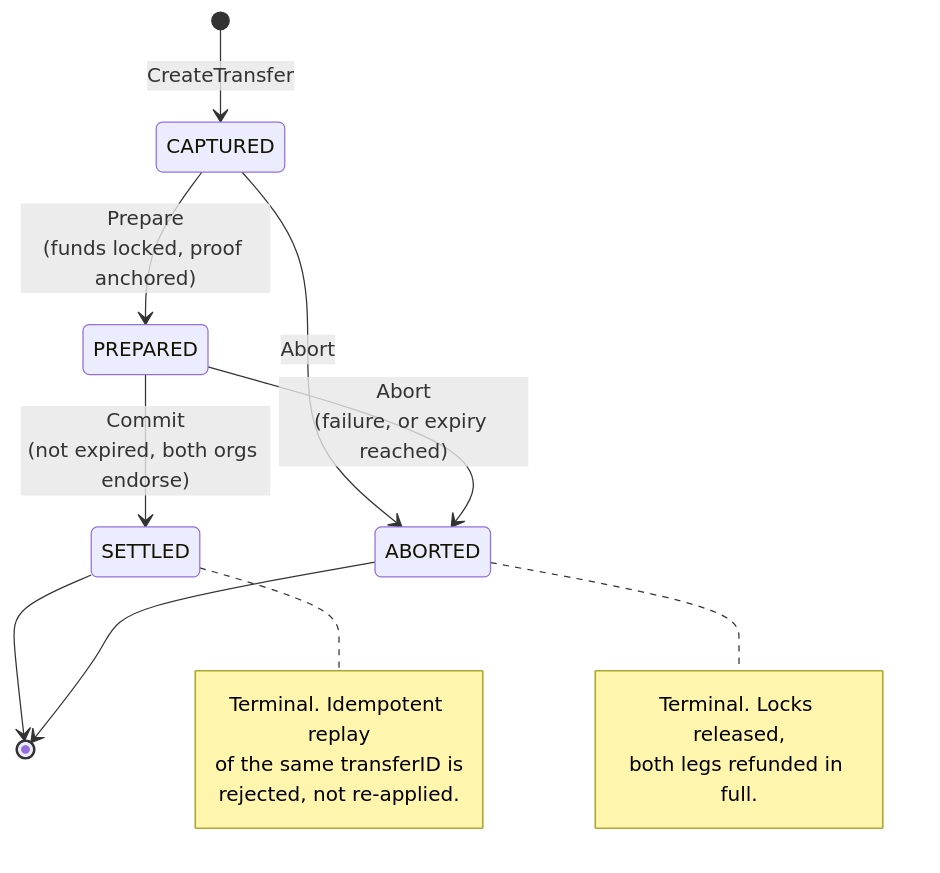
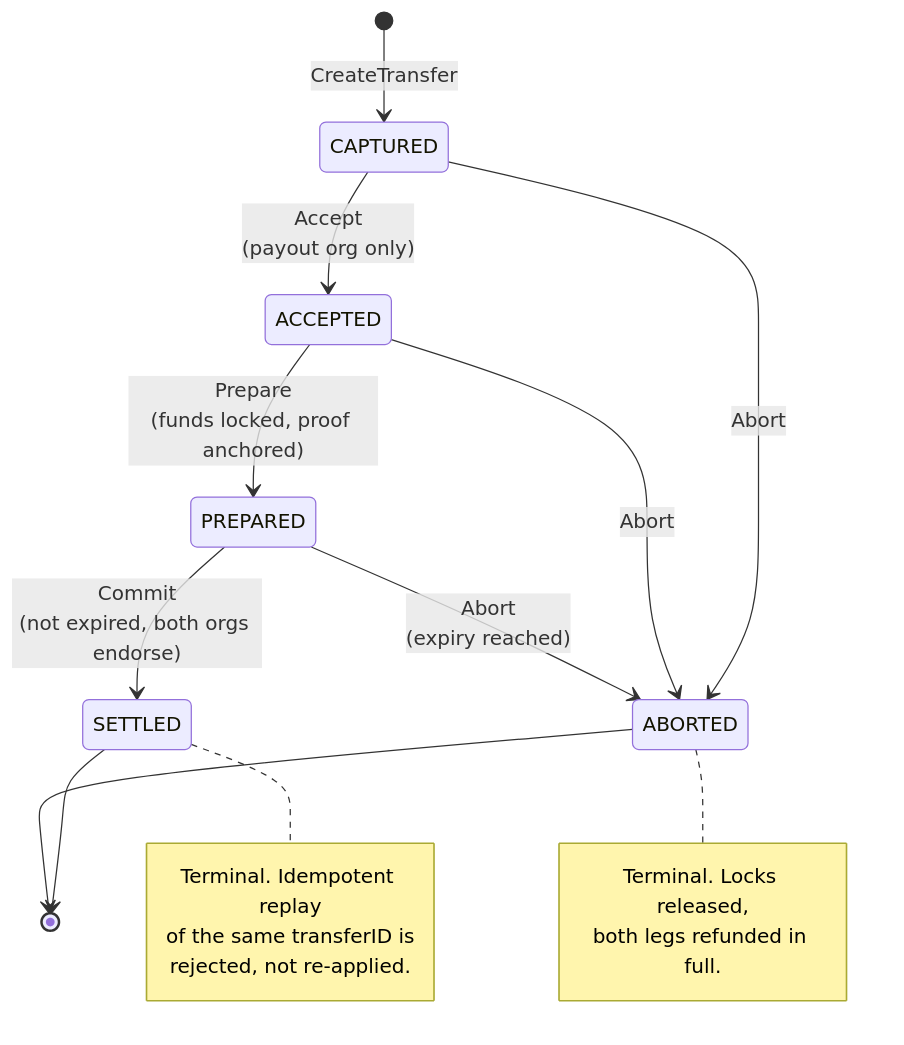
One commit to jeswintobias/Tributary-Pilot changed the first of 2 diagrams in docs/SETTLEMENT_FLOW.md. Above: the diagram before and after it, drawn with Mermaid. The commit also changed other lines of this file and 13 other files, not shown here.

````diff
--- a/docs/SETTLEMENT_FLOW.md
+++ b/docs/SETTLEMENT_FLOW.md
@@ -32,20 +33,22 @@
 ```mermaid
 stateDiagram-v2
     [*] --> CAPTURED: CreateTransfer
-    CAPTURED --> PREPARED: Prepare<br/>(funds locked, proof anchored)
+    CAPTURED --> ACCEPTED: Accept<br/>(payout org only)
+    ACCEPTED --> PREPARED: Prepare<br/>(funds locked, proof anchored)
     CAPTURED --> ABORTED: Abort
+    ACCEPTED --> ABORTED: Abort
     PREPARED --> SETTLED: Commit<br/>(not expired, both orgs endorse)
-    PREPARED --> ABORTED: Abort<br/>(failure, or expiry reached)
+    PREPARED --> ABORTED: Abort<br/>(expiry reached)
     SETTLED --> [*]
     ABORTED --> [*]
 
     note right of SETTLED
         Terminal. Idempotent replay
         of the same transferID is
         rejected, not re-applied.
     end note
     note right of ABORTED
         Terminal. Locks released,
         both legs refunded in full.
     end note
 ```
````
